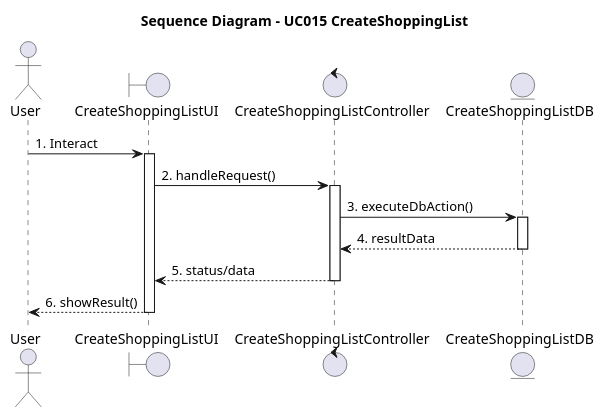
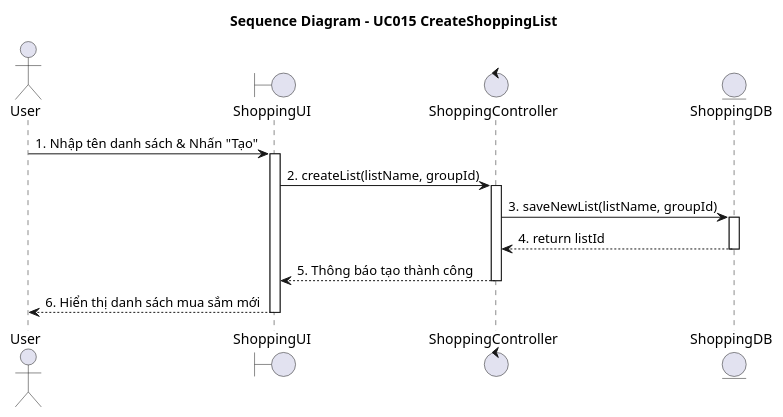
The diagram in diagrams/Module_3_ShoppingList/UC015_Tạo_mới_danh_sách_mua_sắm_Sequence.puml (Alt2210/NaviMart), drawn with PlantUML before and after one commit. The commit also changed 31 other files, not shown here.

```diff
--- a/diagrams/Module_3_ShoppingList/UC015_Tạo_mới_danh_sách_mua_sắm_Sequence.puml
+++ b/diagrams/Module_3_ShoppingList/UC015_Tạo_mới_danh_sách_mua_sắm_Sequence.puml
@@ -1,21 +1,21 @@
 @startuml
 title Sequence Diagram - UC015 CreateShoppingList
 
 actor "User" as Actor
-boundary "CreateShoppingListUI" as UI
-control "CreateShoppingListController" as Controller
-entity "CreateShoppingListDB" as Entity
+boundary "ShoppingUI" as UI
+control "ShoppingController" as Controller
+entity "ShoppingDB" as Entity
 
-Actor -> UI : 1. Interact
+Actor -> UI : 1. Nhập tên danh sách & Nhấn "Tạo"
 activate UI
-UI -> Controller : 2. handleRequest()
+UI -> Controller : 2. createList(listName, groupId)
 activate Controller
-Controller -> Entity : 3. executeDbAction()
+Controller -> Entity : 3. saveNewList(listName, groupId)
 activate Entity
-Entity --> Controller : 4. resultData
+Entity --> Controller : 4. return listId
 deactivate Entity
-Controller --> UI : 5. status/data
+Controller --> UI : 5. Thông báo tạo thành công
 deactivate Controller
-UI --> Actor : 6. showResult()
+UI --> Actor : 6. Hiển thị danh sách mua sắm mới
 deactivate UI
 @enduml
```
